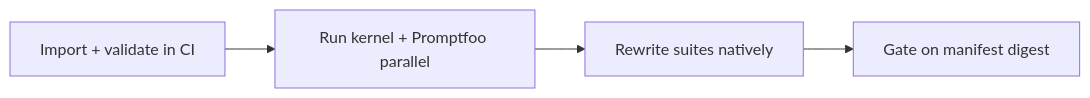
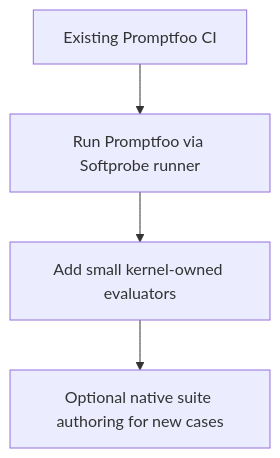
One commit to softprobe/document-website changed the second of 2 diagrams in en/evaluation/guides/promptfoo-integration.md. Above: the diagram before and after it, drawn with Mermaid. The commit also changed other lines of this file and 3 other files, not shown here.

````diff
--- a/en/evaluation/guides/promptfoo-integration.md
+++ b/en/evaluation/guides/promptfoo-integration.md
@@ -69,8 +74,8 @@
 ```mermaid
-flowchart LR
-  A[Import + validate in CI]
-  B[Run kernel + Promptfoo parallel]
-  C[Rewrite suites natively]
-  D[Gate on manifest digest]
+flowchart TB
+  A[Existing Promptfoo CI]
+  B[Run Promptfoo via Softprobe runner]
+  C[Add small kernel-owned evaluators]
+  D[Optional native suite authoring for new cases]
   A --> B --> C --> D
 ```
````
